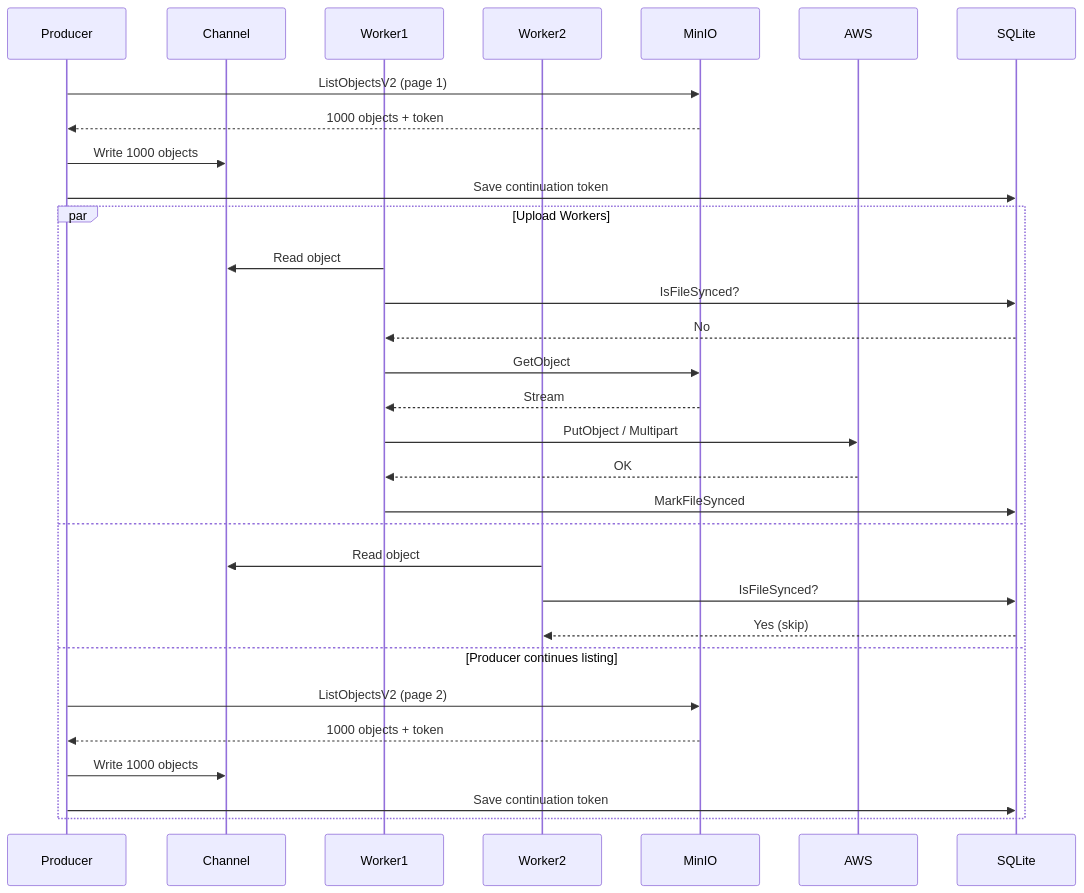
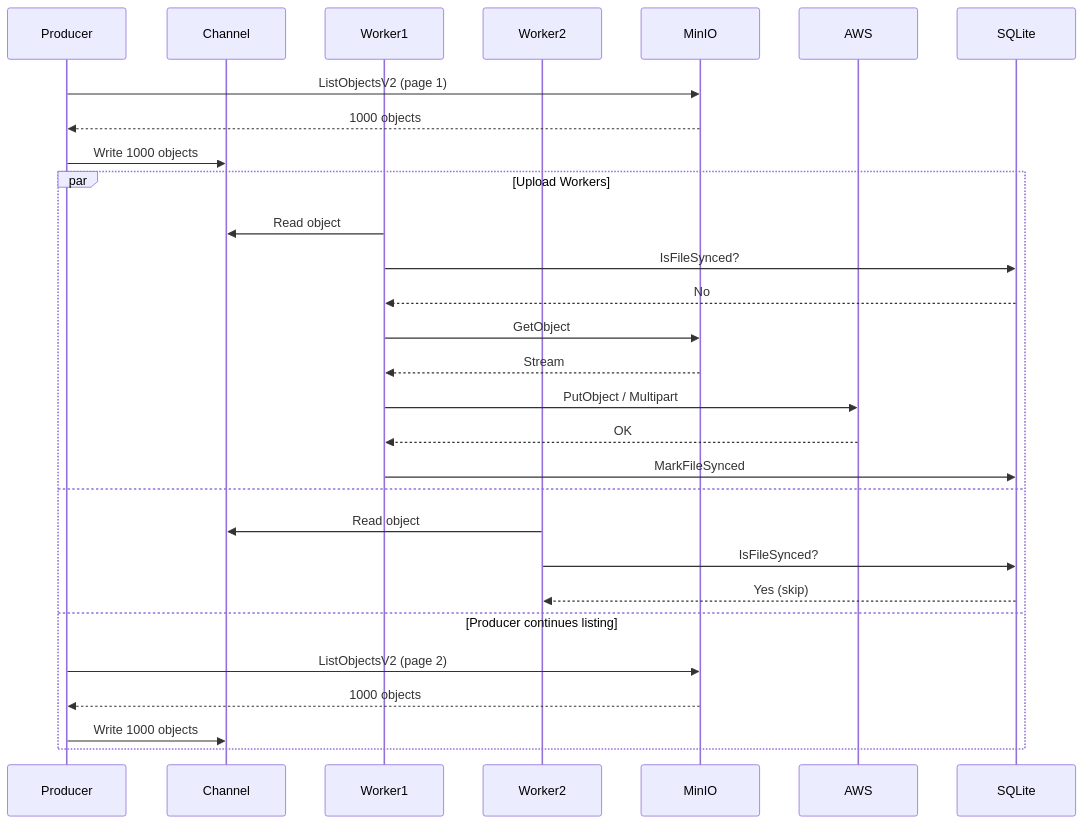
The second of 6 diagrams in README.md (linus-berg/s3-robust-sync), drawn with Mermaid before and after one commit. The commit also changed other lines of this file and 3 other files, not shown here.

Commit message:
Removed continuation token.

````diff
--- a/README.md
+++ b/README.md
@@ -174,35 +169,33 @@
 ```mermaid
 sequenceDiagram
     participant Producer
     participant Channel
     participant Worker1
     participant Worker2
     participant MinIO
     participant AWS
     participant SQLite
 
     Producer->>MinIO: ListObjectsV2 (page 1)
-    MinIO-->>Producer: 1000 objects + token
+    MinIO-->>Producer: 1000 objects
     Producer->>Channel: Write 1000 objects
-    Producer->>SQLite: Save continuation token
 
     par Upload Workers
         Worker1->>Channel: Read object
         Worker1->>SQLite: IsFileSynced?
         SQLite-->>Worker1: No
         Worker1->>MinIO: GetObject
         MinIO-->>Worker1: Stream
         Worker1->>AWS: PutObject / Multipart
         AWS-->>Worker1: OK
         Worker1->>SQLite: MarkFileSynced
     and
         Worker2->>Channel: Read object
         Worker2->>SQLite: IsFileSynced?
         SQLite-->>Worker2: Yes (skip)
     and Producer continues listing
         Producer->>MinIO: ListObjectsV2 (page 2)
-        MinIO-->>Producer: 1000 objects + token
+        MinIO-->>Producer: 1000 objects
         Producer->>Channel: Write 1000 objects
-        Producer->>SQLite: Save continuation token
     end
 ```
````
